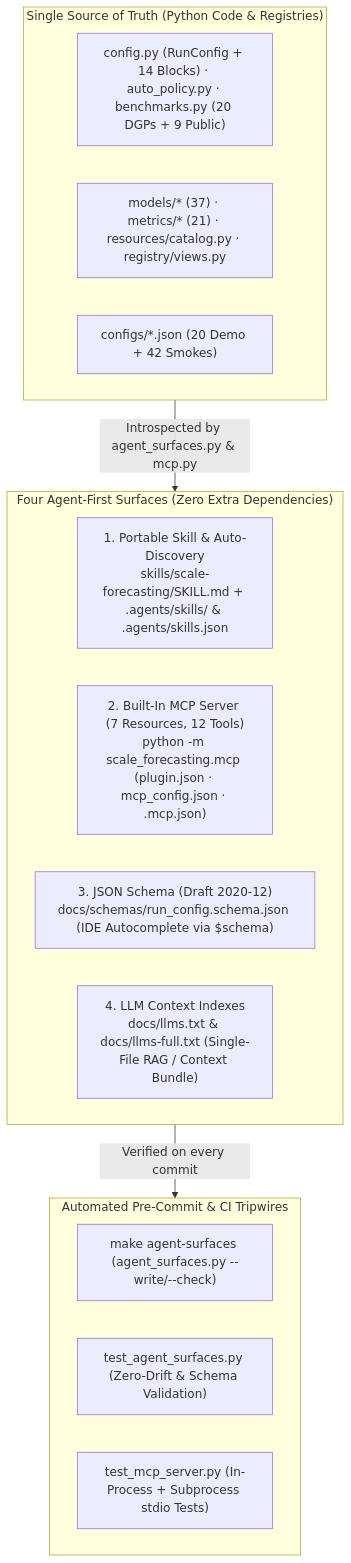
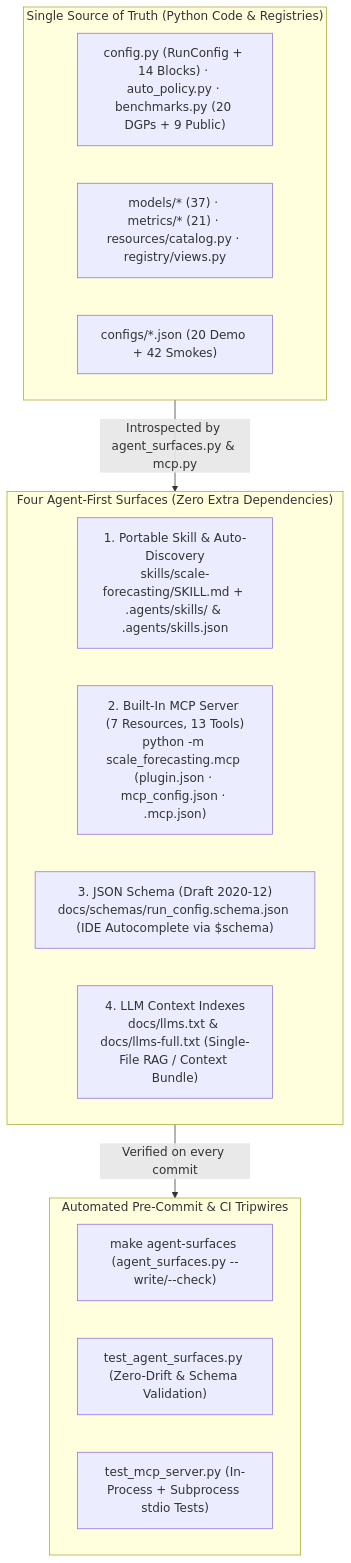
One commit to statmike/scale-forecasting changed the diagram in docs/agent_and_mcp_guide.md. Above: the diagram before and after it, drawn with Mermaid. The commit also changed other lines of this file and 36 other files, not shown here.

````diff
--- a/docs/agent_and_mcp_guide.md
+++ b/docs/agent_and_mcp_guide.md
@@ -5,24 +5,24 @@
 ```mermaid
 flowchart TD
     subgraph Truth["Single Source of Truth (Python Code & Registries)"]
         T1["config.py (RunConfig + 14 Blocks) · auto_policy.py · benchmarks.py (20 DGPs + 9 Public)"]
         T2["models/* (37) · metrics/* (21) · resources/catalog.py · registry/views.py"]
         T3["configs/*.json (20 Demo + 42 Smokes)"]
     end
 
     subgraph Surfaces["Four Agent-First Surfaces (Zero Extra Dependencies)"]
         S1["1. Portable Skill & Auto-Discovery<br/>skills/scale-forecasting/SKILL.md + .agents/skills/ & .agents/skills.json"]
-        S2["2. Built-In MCP Server (7 Resources, 12 Tools)<br/>python -m scale_forecasting.mcp (plugin.json · mcp_config.json · .mcp.json)"]
+        S2["2. Built-In MCP Server (7 Resources, 13 Tools)<br/>python -m scale_forecasting.mcp (plugin.json · mcp_config.json · .mcp.json)"]
         S3["3. JSON Schema (Draft 2020-12)<br/>docs/schemas/run_config.schema.json (IDE Autocomplete via $schema)"]
         S4["4. LLM Context Indexes<br/>docs/llms.txt & docs/llms-full.txt (Single-File RAG / Context Bundle)"]
     end
 
     subgraph Guard["Automated Pre-Commit & CI Tripwires"]
         G1["make agent-surfaces (agent_surfaces.py --write/--check)"]
         G2["test_agent_surfaces.py (Zero-Drift & Schema Validation)"]
         G3["test_mcp_server.py (In-Process + Subprocess stdio Tests)"]
     end
 
     Truth -->|"Introspected by agent_surfaces.py & mcp.py"| Surfaces
     Surfaces -->|"Verified on every commit"| Guard
 ```
````
